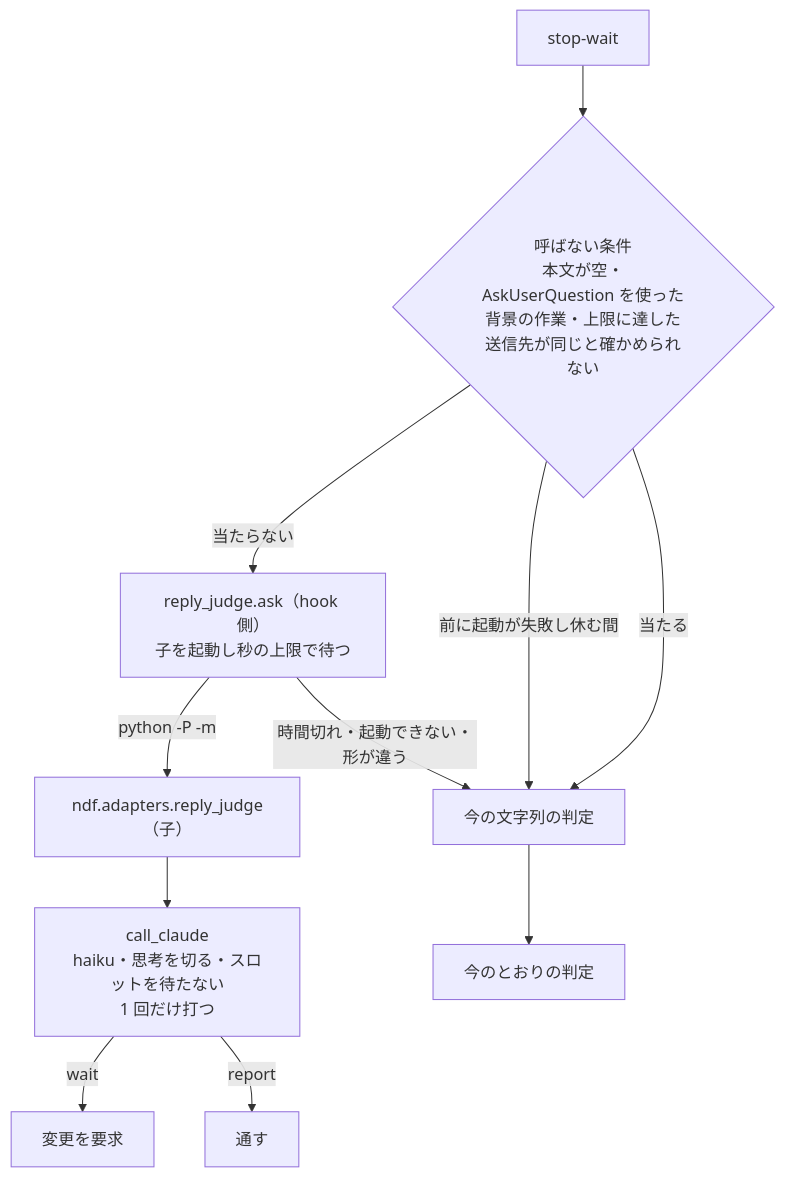
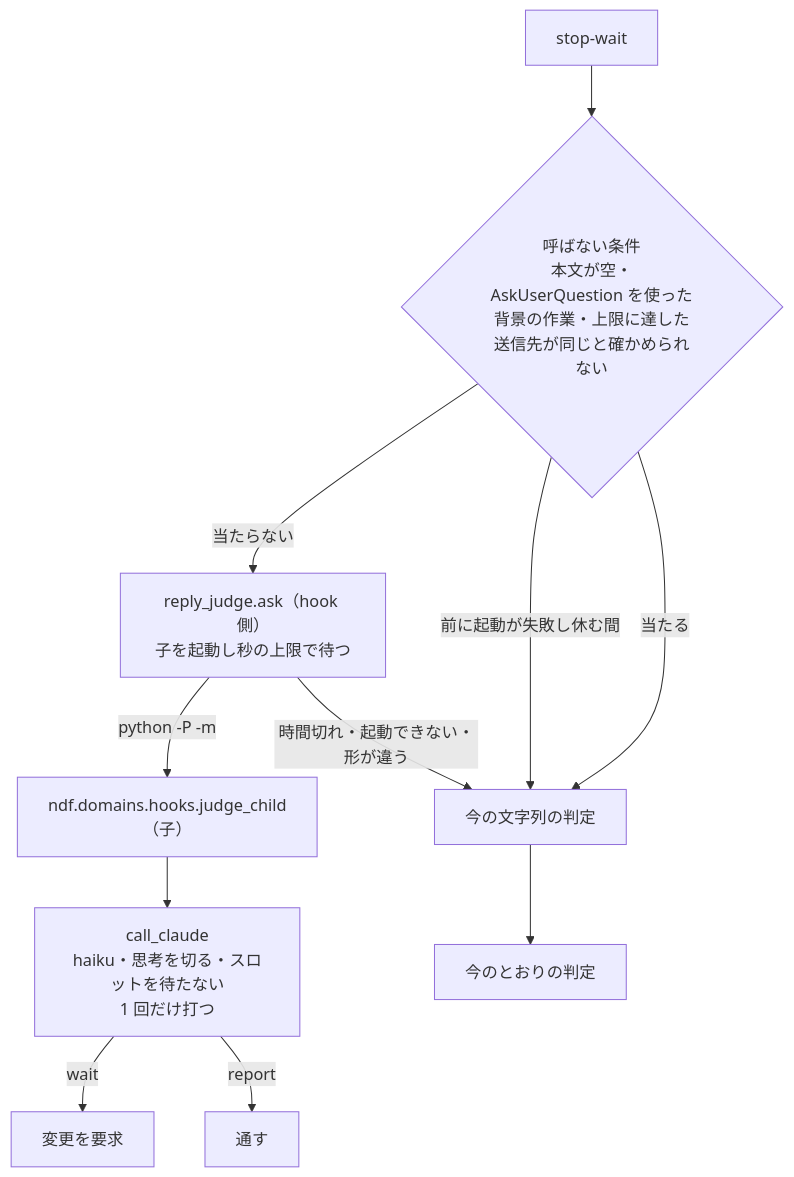
The second of 3 diagrams in issues/issue-4000-design.md (devbasex/ai-plugins), drawn with Mermaid before and after one commit. The commit also changed other lines of this file and 7 other files, not shown here.

First line of the commit message:
Fix: #4000 の判定の子を domains/hooks へ移し、親の実行ファイルで起動する

````diff
--- a/issues/issue-4000-design.md
+++ b/issues/issue-4000-design.md
@@ -47,13 +47,13 @@
 ```mermaid
 flowchart TB
   SW[stop-wait] --> SK{呼ばない条件<br/>本文が空・AskUserQuestion を使った<br/>背景の作業・上限に達した<br/>送信先が同じと確かめられない}
   SK -->|当たる| FB[今の文字列の判定]
   SK -->|前に起動が失敗し休む間| FB
   SK -->|当たらない| HJ[reply_judge.ask（hook 側）<br/>子を起動し秒の上限で待つ]
-  HJ -->|python -P -m| CH[ndf.adapters.reply_judge（子）]
+  HJ -->|python -P -m| CH[ndf.domains.hooks.judge_child（子）]
   CH --> CL[call_claude<br/>haiku・思考を切る・スロットを待たない<br/>1 回だけ打つ]
   CL -->|wait| PB[変更を要求]
   CL -->|report| PS[通す]
   HJ -->|時間切れ・起動できない・形が違う| FB
   FB --> V[今のとおりの判定]
 ```
````
